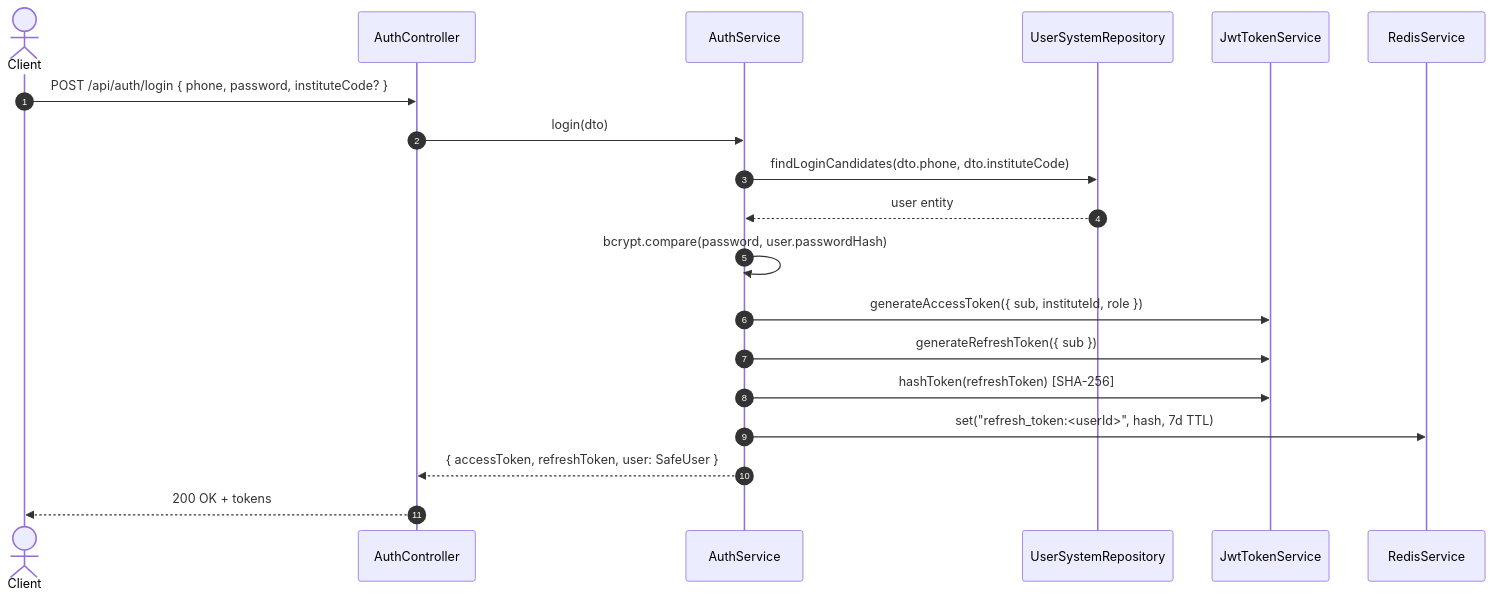
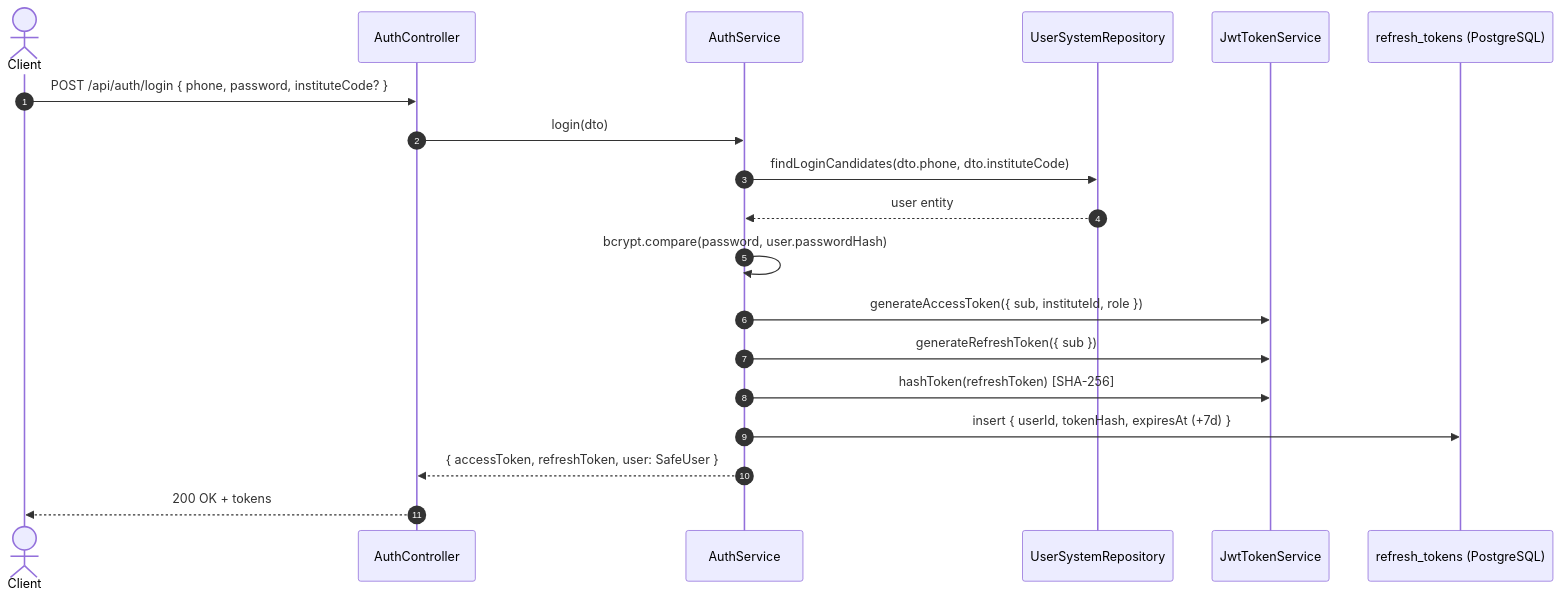
The second of 2 diagrams in role.md (AyhamAm10/SaaS-Institute-Platform-Backend), drawn with Mermaid before and after one commit. The commit also changed other lines of this file and 13 other files, not shown here.

````diff
--- a/role.md
+++ b/role.md
@@ -463,22 +464,22 @@
 ```mermaid
 sequenceDiagram
     autonumber
     actor Client
     participant AuthCtrl as AuthController
     participant AuthSvc as AuthService
     participant UserSysRepo as UserSystemRepository
     participant JwtSvc as JwtTokenService
-    participant Redis as RedisService
+    participant DB as refresh_tokens (PostgreSQL)
 
     Client->>AuthCtrl: POST /api/auth/login { phone, password, instituteCode? }
     AuthCtrl->>AuthSvc: login(dto)
     AuthSvc->>UserSysRepo: findLoginCandidates(dto.phone, dto.instituteCode)
     UserSysRepo-->>AuthSvc: user entity
     AuthSvc->>AuthSvc: bcrypt.compare(password, user.passwordHash)
     AuthSvc->>JwtSvc: generateAccessToken({ sub, instituteId, role })
     AuthSvc->>JwtSvc: generateRefreshToken({ sub })
     AuthSvc->>JwtSvc: hashToken(refreshToken) [SHA-256]
-    AuthSvc->>Redis: set("refresh_token:<userId>", hash, 7d TTL)
+    AuthSvc->>DB: insert { userId, tokenHash, expiresAt (+7d) }
     AuthSvc-->>AuthCtrl: { accessToken, refreshToken, user: SafeUser }
     AuthCtrl-->>Client: 200 OK + tokens
 ```
````
